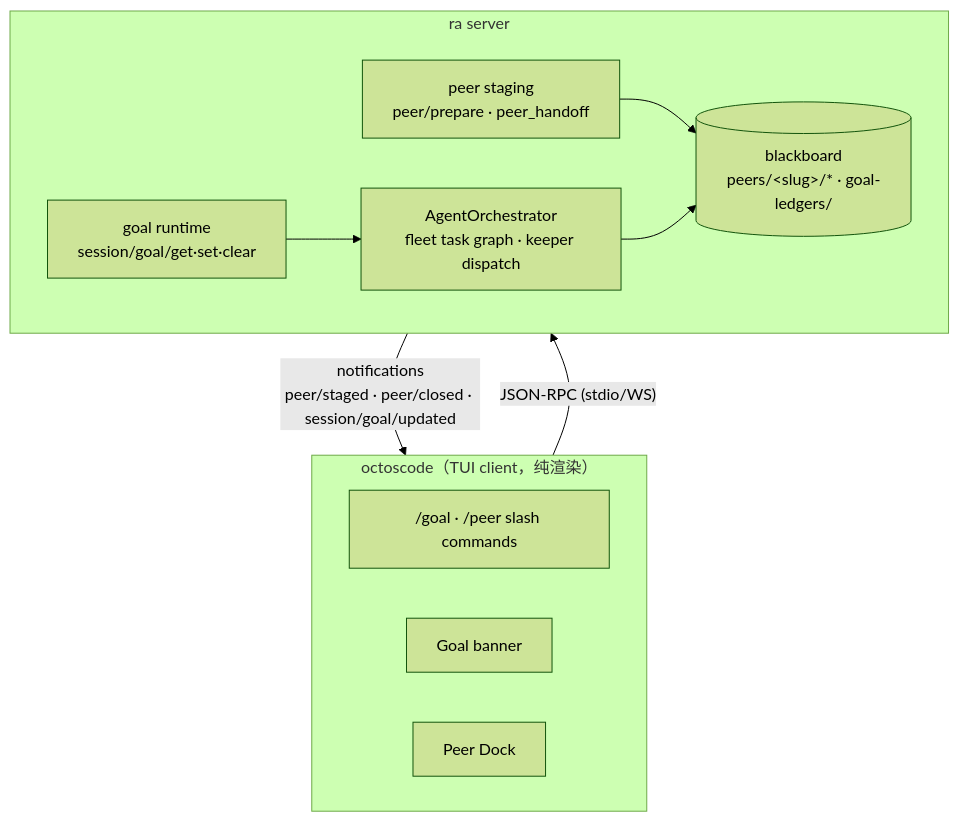
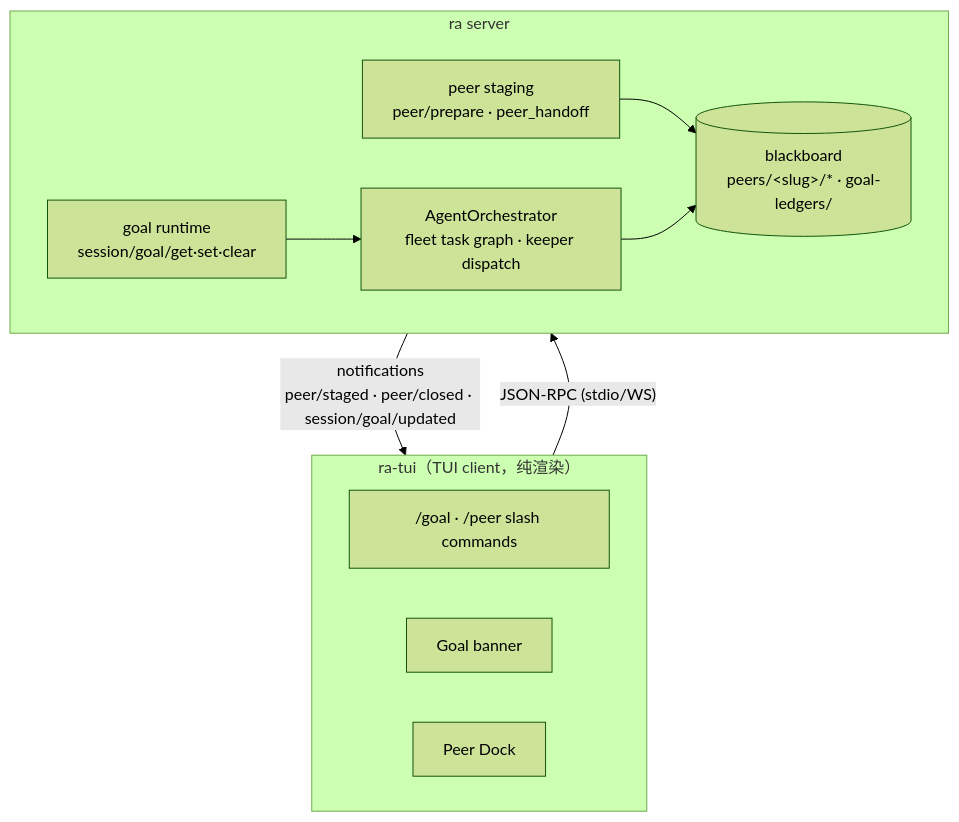
One commit to icehomura/RecurAgent changed the second of 3 diagrams in tui/docs/PEER_GOAL_ARCHITECTURE.md. Above: the diagram before and after it, drawn with Mermaid (forest theme). The commit also changed other lines of this file and 1007 other files, not shown here.

````diff
--- a/tui/docs/PEER_GOAL_ARCHITECTURE.md
+++ b/tui/docs/PEER_GOAL_ARCHITECTURE.md
@@ -69,19 +69,19 @@
 ```mermaid
 flowchart TB
-    subgraph client["octoscode（TUI client，纯渲染）"]
+    subgraph client["ra-tui（TUI client，纯渲染）"]
         SC["/goal · /peer slash commands"]
         GB[Goal banner]
         PD[Peer Dock]
     end
     subgraph server["ra server"]
         GR["goal runtime<br/>session/goal/get·set·clear"]
         ORCH["AgentOrchestrator<br/>fleet task graph · keeper dispatch"]
         PH["peer staging<br/>peer/prepare · peer_handoff"]
         BB[("blackboard<br/>peers/&lt;slug&gt;/* · goal-ledgers/")]
     end
     client -- "JSON-RPC (stdio/WS)" --> server
     server -- "notifications<br/>peer/staged · peer/closed · session/goal/updated" --> client
     PH --> BB
     GR --> ORCH
     ORCH --> BB
 ```
````
